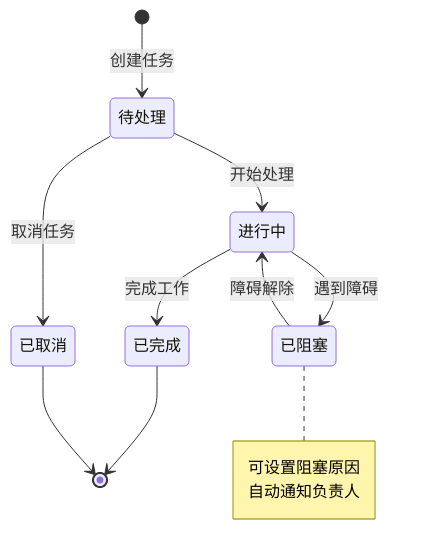
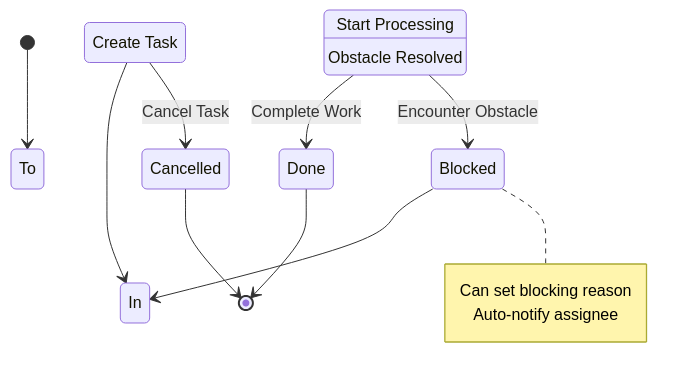
One commit to Kirky-X/cangjie changed the fifth of 7 diagrams in templates/产品/运营层/【模板】用户手册.md. Above: the diagram before and after it, drawn with Mermaid. The commit also changed other lines of this file and 46 other files, not shown here.

````diff
--- a/templates/产品/运营层/【模板】用户手册.md
+++ b/templates/产品/运营层/【模板】用户手册.md
@@ -277,16 +277,16 @@
 ```mermaid
 stateDiagram-v2
-    [*] --> 待处理: 创建任务
-    待处理 --> 进行中: 开始处理
-    进行中 --> 已完成: 完成工作
-    进行中 --> 已阻塞: 遇到障碍
-    已阻塞 --> 进行中: 障碍解除
-    已完成 --> [*]
-    待处理 --> 已取消: 取消任务
-    已取消 --> [*]
+    [*] --> To Do: Create Task
+    To Do --> In Progress: Start Processing
+    In Progress --> Done: Complete Work
+    In Progress --> Blocked: Encounter Obstacle
+    Blocked --> In Progress: Obstacle Resolved
+    Done --> [*]
+    To Do --> Cancelled: Cancel Task
+    Cancelled --> [*]
 
-    note right of 已阻塞
-        可设置阻塞原因
-        自动通知负责人
+    note right of Blocked
+        Can set blocking reason
+        Auto-notify assignee
     end note
 ```
````
